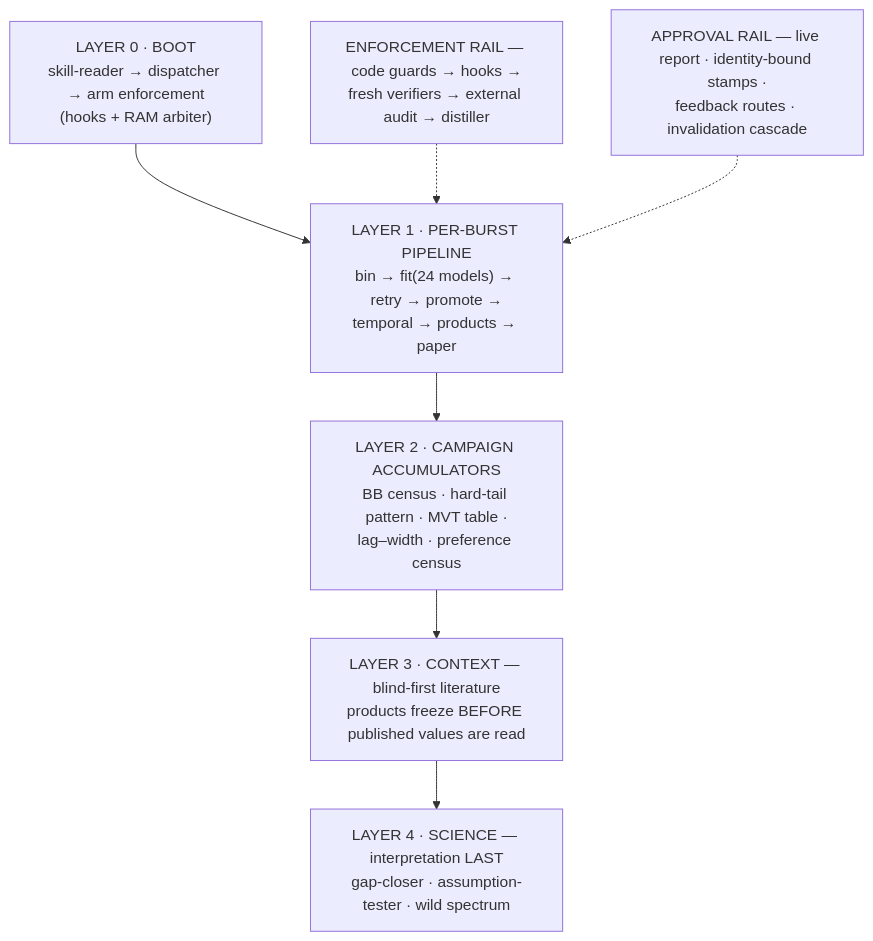
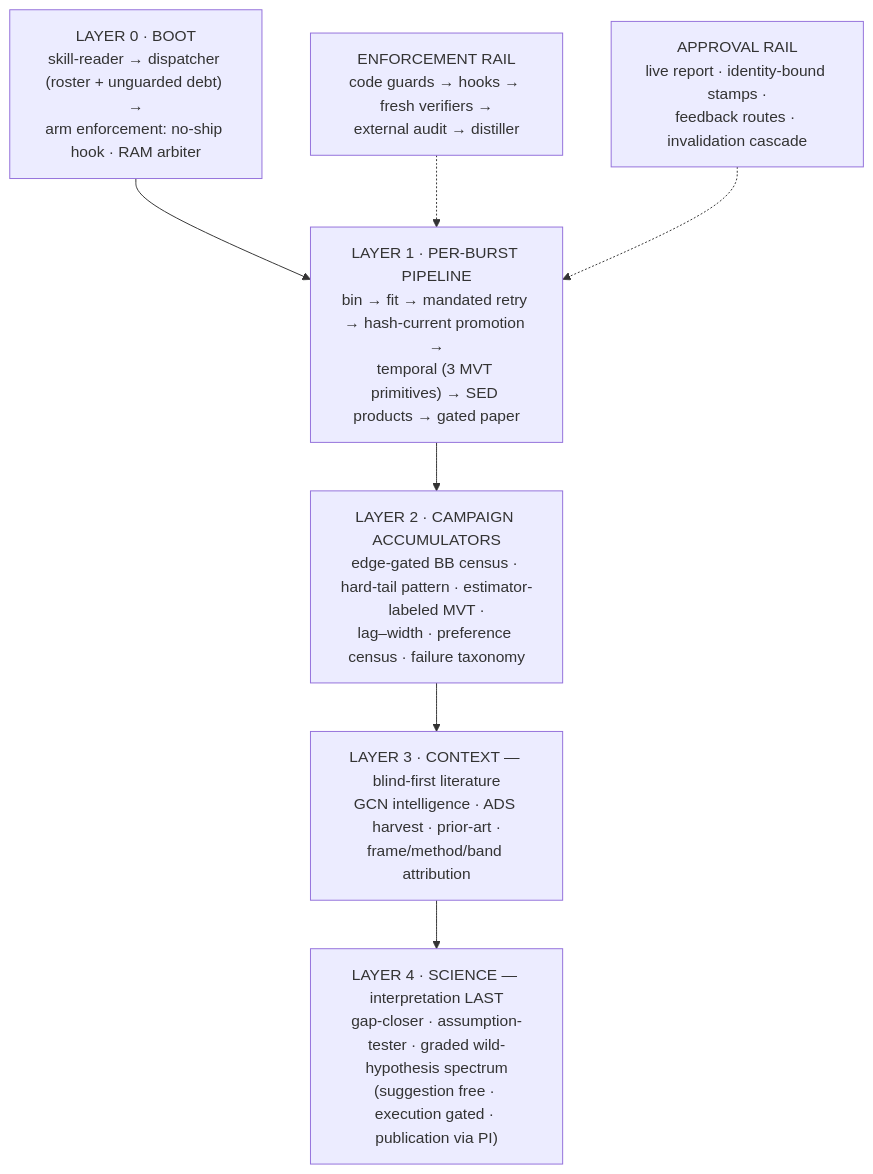
Before and after one commit to vikas-chand/SinglePulses: the fourth of 4 diagrams in README.md, drawn with Mermaid. The commit also changed other lines of this file, not shown here.

First line of the commit message:
README: GRBs Agent explained at full depth (PI: like VegasAfterglow's intro/architecture treatment)

````diff
--- a/README.md
+++ b/README.md
@@ -31,13 +194,13 @@
 ```mermaid
 flowchart TD
-  BOOT["LAYER 0 · BOOT<br/>skill-reader → dispatcher → arm enforcement<br/>(hooks + RAM arbiter)"]
-  PIPE["LAYER 1 · PER-BURST PIPELINE<br/>bin → fit(24 models) → retry → promote →<br/>temporal → products → paper"]
-  ACC["LAYER 2 · CAMPAIGN ACCUMULATORS<br/>BB census · hard-tail pattern · MVT table ·<br/>lag–width · preference census"]
-  CTX["LAYER 3 · CONTEXT — blind-first literature<br/>products freeze BEFORE published values are read"]
-  SCI["LAYER 4 · SCIENCE — interpretation LAST<br/>gap-closer · assumption-tester · wild spectrum"]
-  RAIL["ENFORCEMENT RAIL — code guards → hooks →<br/>fresh verifiers → external audit → distiller"]
-  APR["APPROVAL RAIL — live report · identity-bound stamps ·<br/>feedback routes · invalidation cascade"]
+  BOOT["LAYER 0 · BOOT<br/>skill-reader → dispatcher (roster + unguarded debt) →<br/>arm enforcement: no-ship hook · RAM arbiter"]
+  PIPE["LAYER 1 · PER-BURST PIPELINE<br/>bin → fit → mandated retry → hash-current promotion →<br/>temporal (3 MVT primitives) → SED products → gated paper"]
+  ACC["LAYER 2 · CAMPAIGN ACCUMULATORS<br/>edge-gated BB census · hard-tail pattern · estimator-labeled MVT ·<br/>lag–width · preference census · failure taxonomy"]
+  CTX["LAYER 3 · CONTEXT — blind-first literature<br/>GCN intelligence · ADS harvest · prior-art ·<br/>frame/method/band attribution"]
+  SCI["LAYER 4 · SCIENCE — interpretation LAST<br/>gap-closer · assumption-tester · graded wild-hypothesis spectrum<br/>(suggestion free · execution gated · publication via PI)"]
+  RAIL["ENFORCEMENT RAIL<br/>code guards → hooks → fresh verifiers →<br/>external audit → distiller"]
+  APR["APPROVAL RAIL<br/>live report · identity-bound stamps ·<br/>feedback routes · invalidation cascade"]
   BOOT --> PIPE --> ACC --> CTX --> SCI
   RAIL -.-> PIPE
   APR -.-> PIPE
 ```
````
